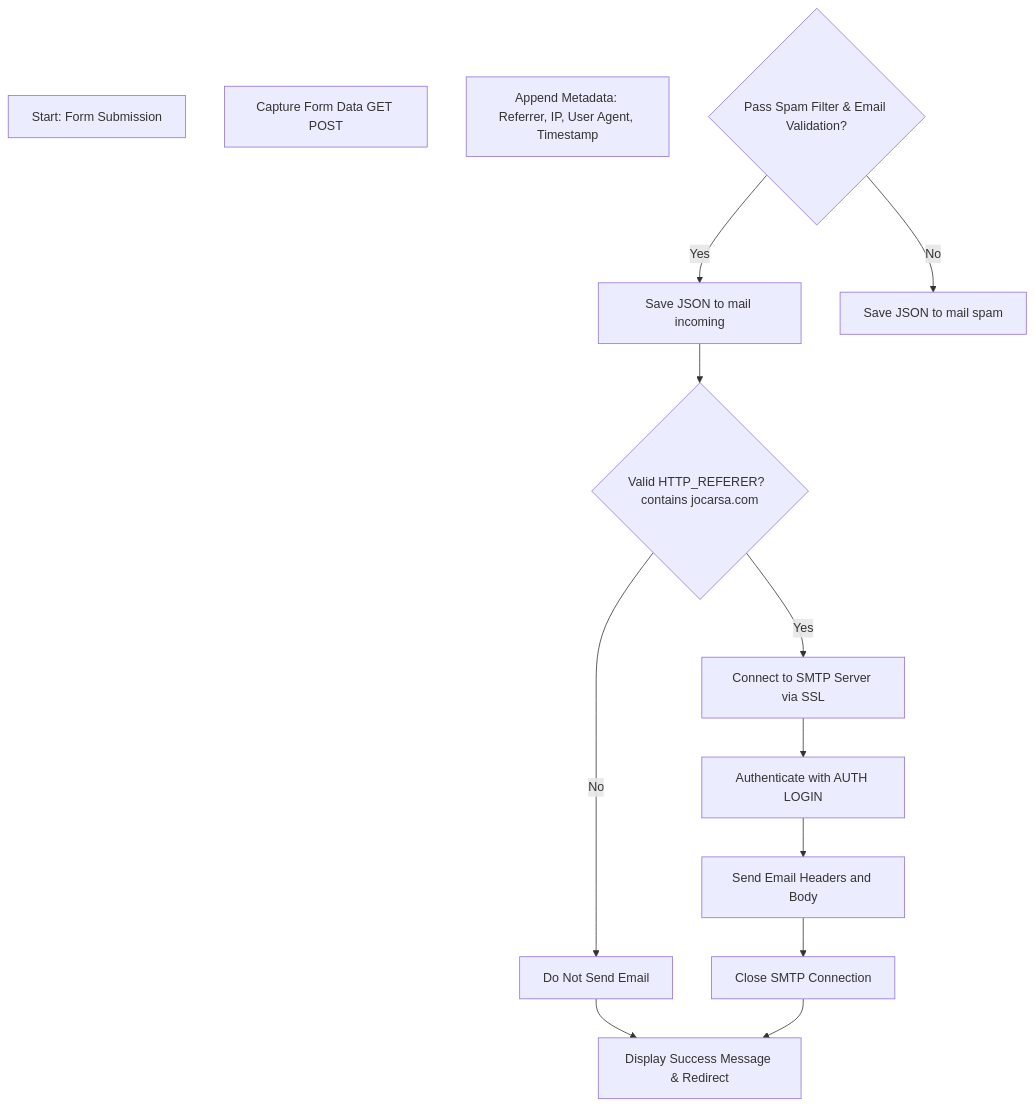
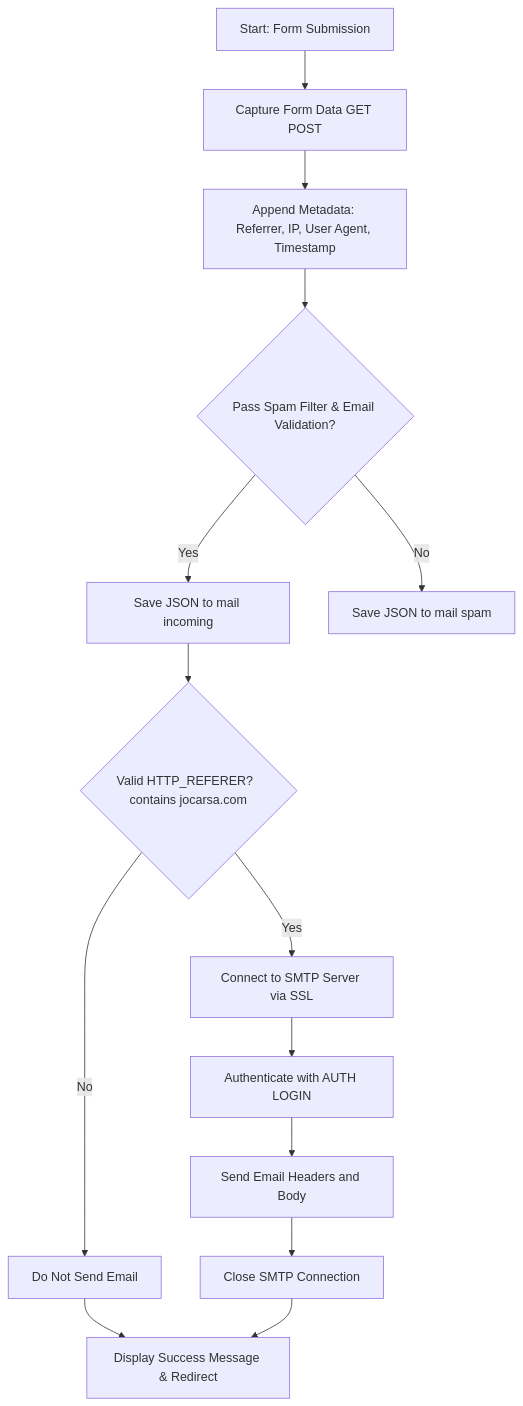
One commit to jocarsa/jocarsa-email changed the diagram in README.md. Above: the diagram before and after it, drawn with Mermaid.

````diff
--- a/README.md
+++ b/README.md
@@ -38,16 +38,16 @@
 ```mermaid
 flowchart TD
     A[Start: Form Submission]
-    B[Capture Form Data GET POST]
-    C[Append Metadata: Referrer, IP, User Agent, Timestamp]
-    D{Pass Spam Filter & Email Validation?}
+    A --> B[Capture Form Data GET POST]
+    B --> C[Append Metadata: Referrer, IP, User Agent, Timestamp]
+    C --> D{Pass Spam Filter & Email Validation?}
     D -- Yes --> E[Save JSON to mail incoming]
     D -- No  --> F[Save JSON to mail spam]
     E --> G{Valid HTTP_REFERER?  contains jocarsa.com}
     G -- Yes --> H[Connect to SMTP Server via SSL]
     G -- No  --> I[Do Not Send Email]
     H --> J[Authenticate with AUTH LOGIN]
     J --> K[Send Email Headers and Body]
     K --> L[Close SMTP Connection]
     I & L --> M[Display Success Message & Redirect]
 ```
````
